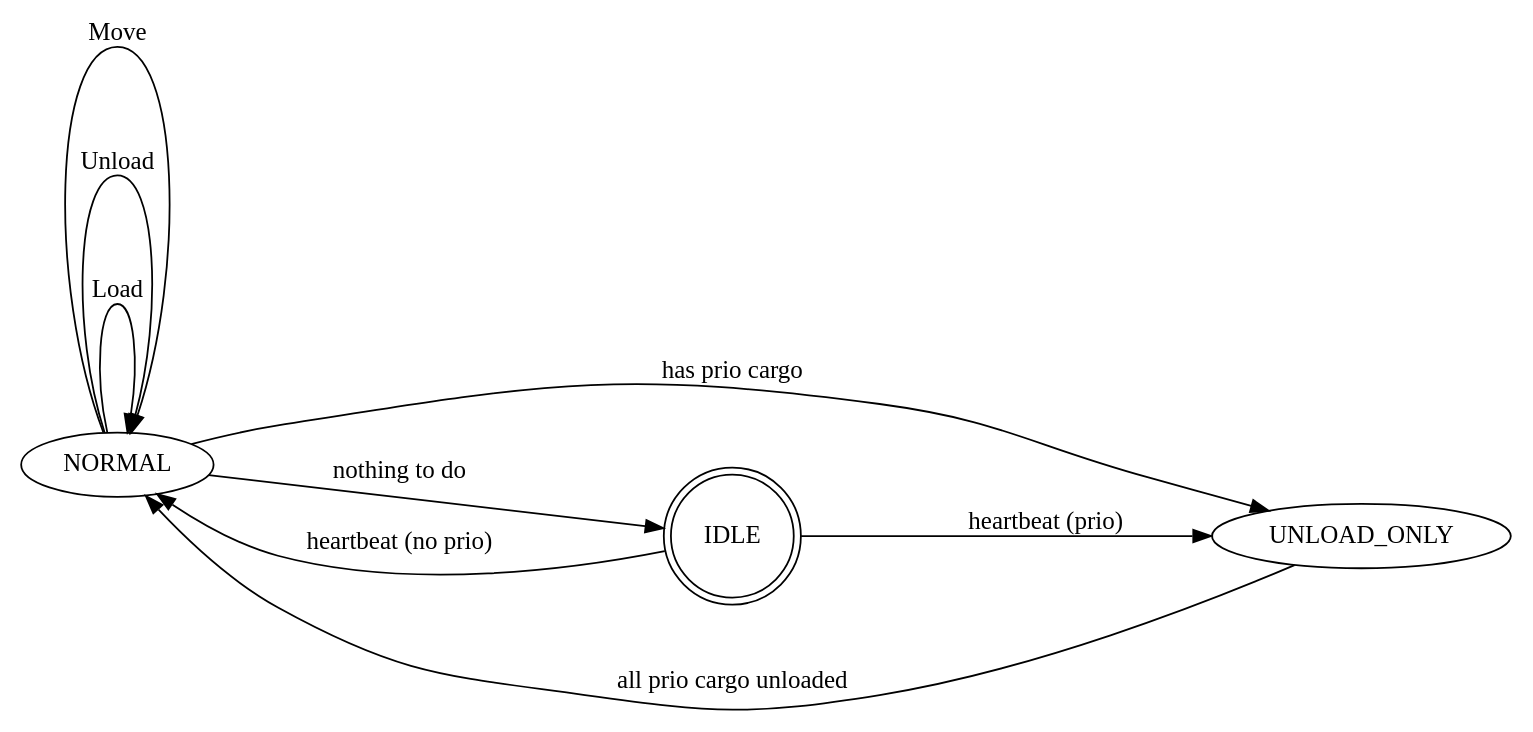
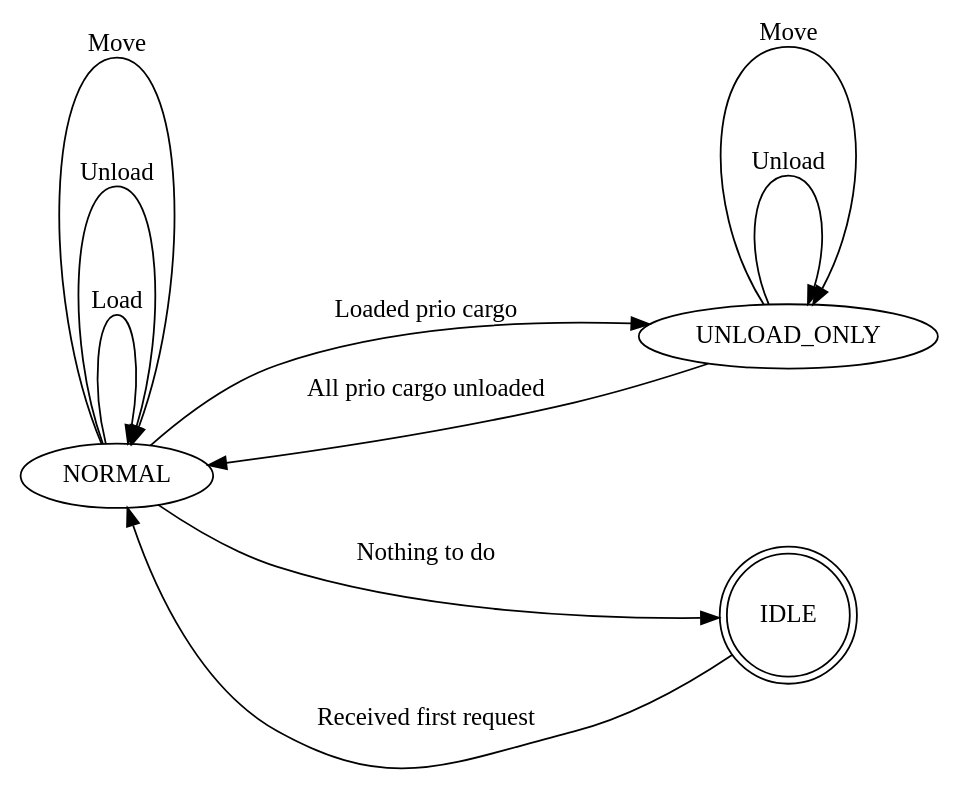
The diagram in cartctl/diagrams/CartCtl.dot (xhosad00/ATA_1), drawn with Graphviz before and after one commit. The commit also changed 4 other files, not shown here.

Commit message:
Graphs update

```diff
--- a/cartctl/diagrams/CartCtl.dot
+++ b/cartctl/diagrams/CartCtl.dot
@@ -1,24 +1,26 @@
 digraph CartCtl {
     
     rankdir=LR; // TB or LR
     nodesep=1.0; // Horizontal spacing
     ranksep=1.0; // Vertical spacing
-    //states
+    
+    // States
     NORMAL
     UNLOAD_ONLY
     IDLE [shape=doublecircle ]
     
-    //edges
-    IDLE -> NORMAL [label="heartbeat (no prio)"]
-    IDLE -> UNLOAD_ONLY [label="heartbeat (prio)"]
+    // Edges
+    IDLE -> NORMAL [label="Received first request"]
     
-    NORMAL -> UNLOAD_ONLY [label="has prio cargo"]
-    NORMAL -> IDLE [label="nothing to do"]
+    NORMAL -> UNLOAD_ONLY [label="Loaded prio cargo"]
+    NORMAL -> IDLE [label="Nothing to do"]
     NORMAL -> NORMAL [label="Load"]
     NORMAL -> NORMAL [label="Unload"]
     NORMAL -> NORMAL [label="Move"]
     
-    UNLOAD_ONLY -> NORMAL [label="all prio cargo unloaded"]
+    UNLOAD_ONLY -> NORMAL [label="All prio cargo unloaded"]
+    UNLOAD_ONLY -> UNLOAD_ONLY [label="Unload"]
+    UNLOAD_ONLY -> UNLOAD_ONLY [label="Move"]
     
     
 }
```
